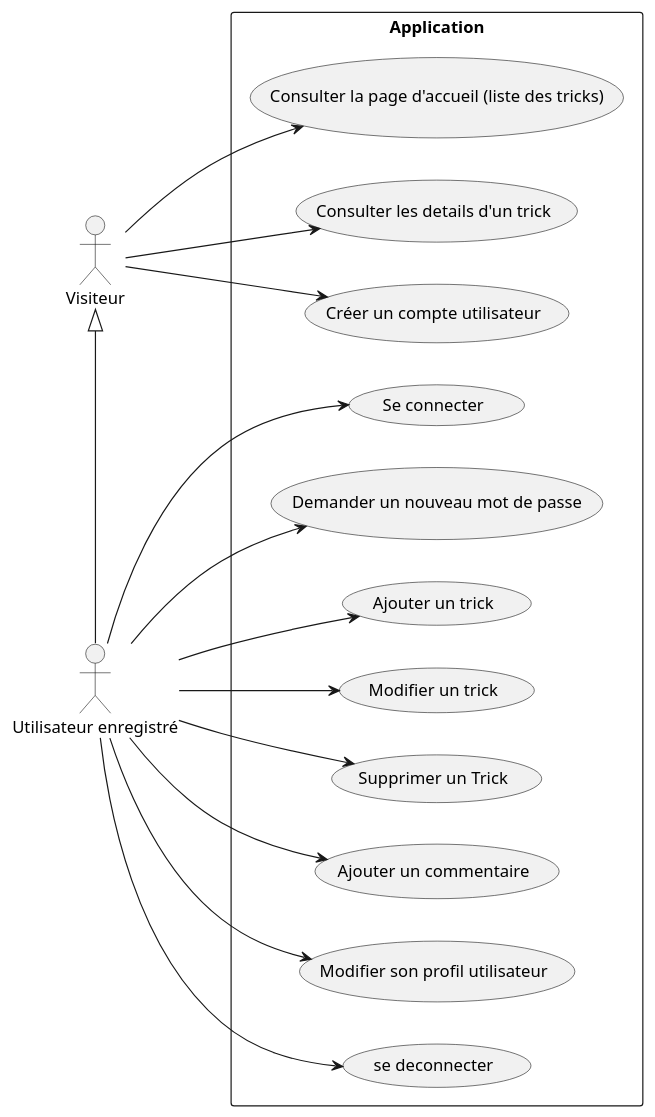
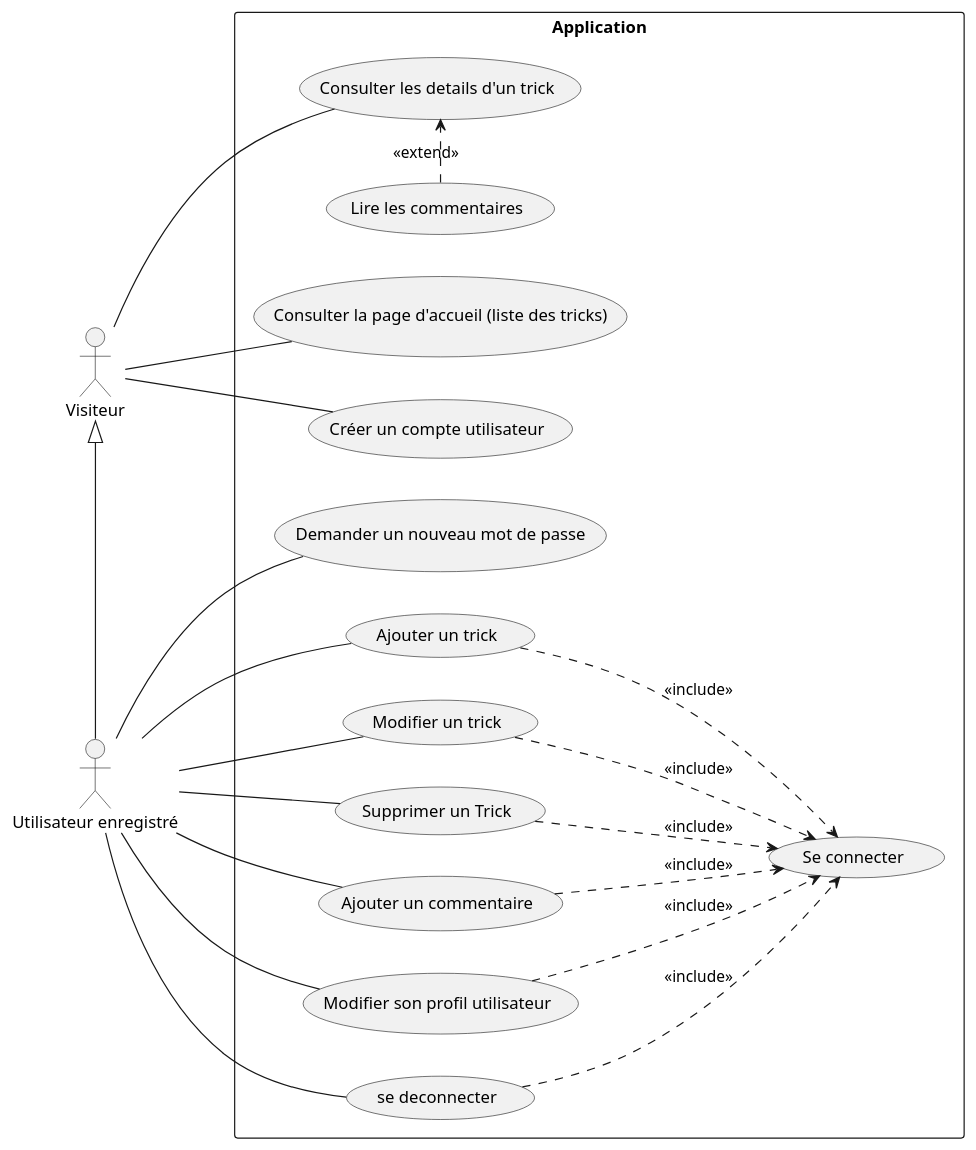
One commit to ArtGM/P6-snowtricks changed the diagram in UML/usecase.wsd. Above: the diagram before and after it, drawn with PlantUML. The commit also changed 2 other files, not shown here.

Commit message:
Update UML diagrams

```diff
--- a/UML/usecase.wsd
+++ b/UML/usecase.wsd
@@ -1,34 +1,42 @@
 @startuml
 left to right direction
 :Utilisateur enregistré: as U
 :Visiteur: as V
 
 rectangle Application {
   usecase "Consulter la page d'accueil (liste des tricks)" as Home
   usecase "Consulter les details d'un trick" as Single
+  usecase "Lire les commentaires" as ReadComment
   usecase "Créer un compte utilisateur" as Signup
   usecase "Se connecter" as Login
   usecase "Demander un nouveau mot de passe" as Reset
   usecase "Ajouter un trick" as AddNew
   usecase "Modifier un trick" as Update
   usecase "Supprimer un Trick" as Delete
   usecase "Ajouter un commentaire" as Comment
   usecase "Modifier son profil utilisateur" as UpdateProfile
   usecase "se deconnecter" as Logout
 }
 
 V <|- U
-V --> Home
-V --> Single
-V --> Signup
-U --> Login
-U --> Reset
-U --> AddNew
-U --> Update
-U --> Delete
-U --> Comment
-U --> UpdateProfile
-U --> Logout
+V -- Home
+V -- Single
+V -- Signup
+
+U -- Reset
+U -- AddNew
+U -- Update
+U -- Delete
+U -- Comment
+U -- UpdateProfile
+U -- Logout
+ReadComment .> Single: <<extend>>
+AddNew ..> Login: <<include>>
+Update ..> Login: <<include>>
+Delete ..> Login: <<include>>
+Comment ..> Login: <<include>>
+UpdateProfile ..> Login: <<include>>
+Logout ..> Login: <<include>>
 
 
 @enduml
```
